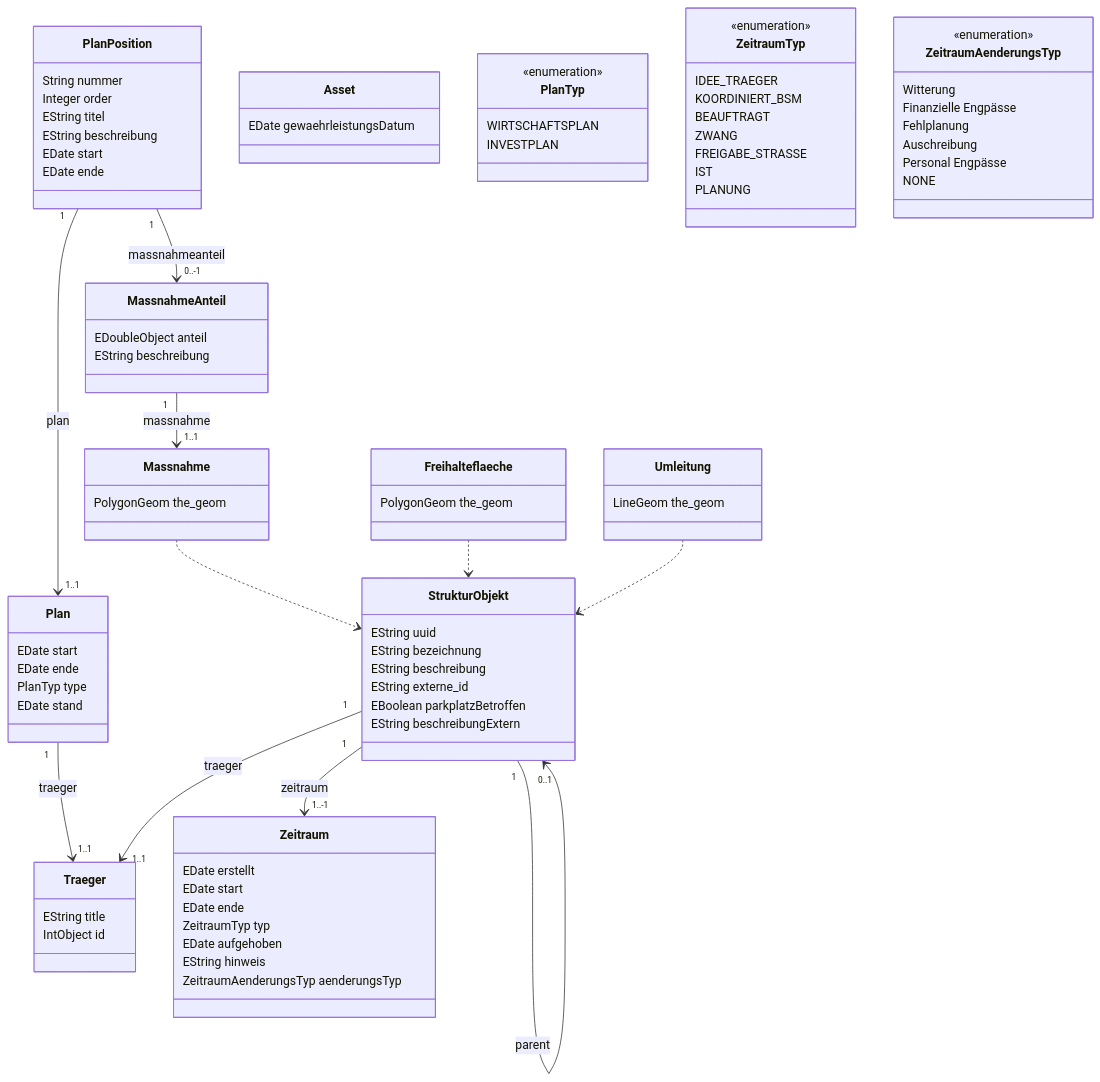
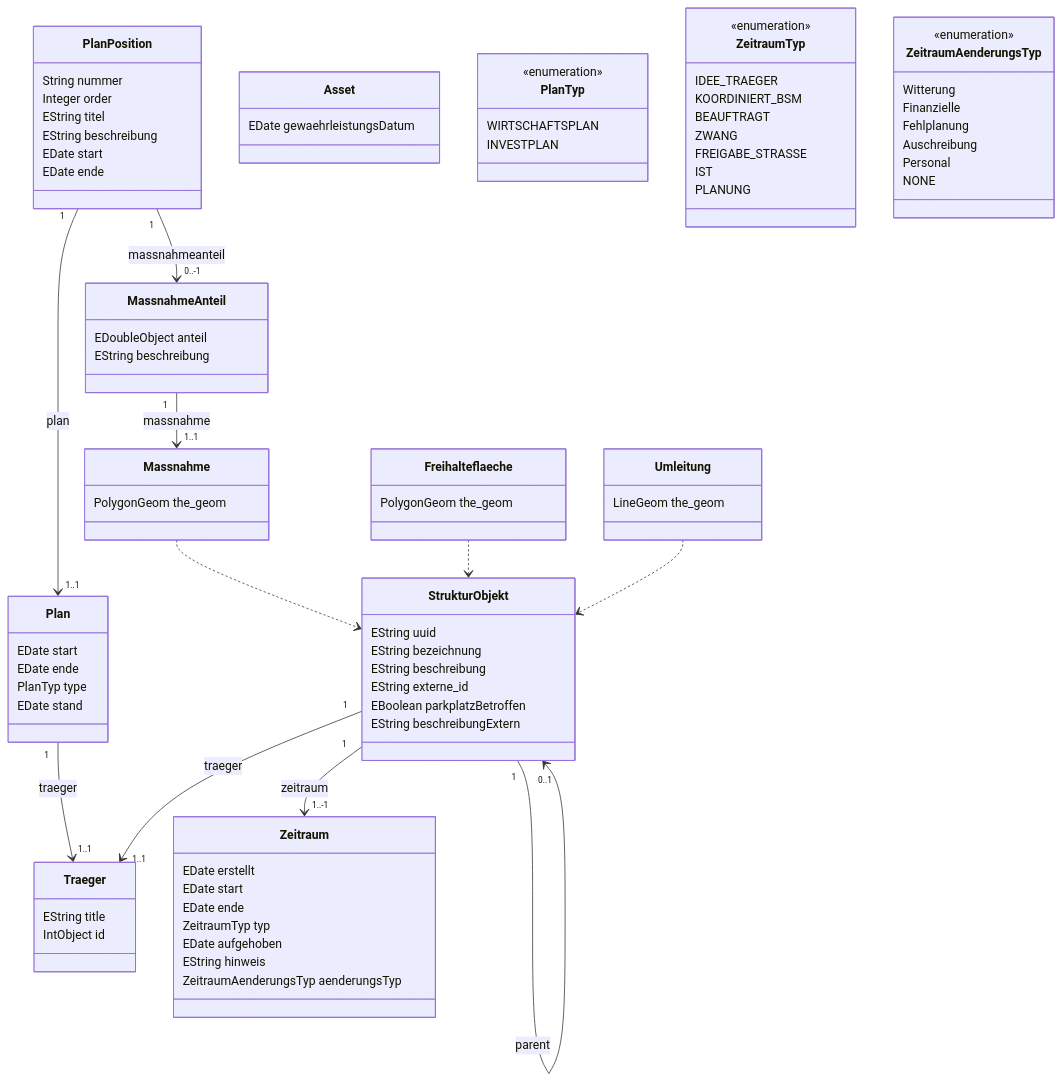
One commit to ideas-into-software/org.gecko.emf changed the first of 11 diagrams in org.gecko.emf.osgi.doc.mermaid.itest/bsm.md. Above: the diagram before and after it, drawn with Mermaid. The commit also changed other lines of this file and 50 other files, not shown here.

```diff
--- a/org.gecko.emf.osgi.doc.mermaid.itest/bsm.md
+++ b/org.gecko.emf.osgi.doc.mermaid.itest/bsm.md
@@ -122,10 +122,10 @@
  class ZeitraumAenderungsTyp{
  <<enumeration>>
  Witterung
- Finanzielle Engpässe
+ Finanzielle
  Fehlplanung
  Auschreibung
- Personal Engpässe
+ Personal
  NONE
  }
 
```
